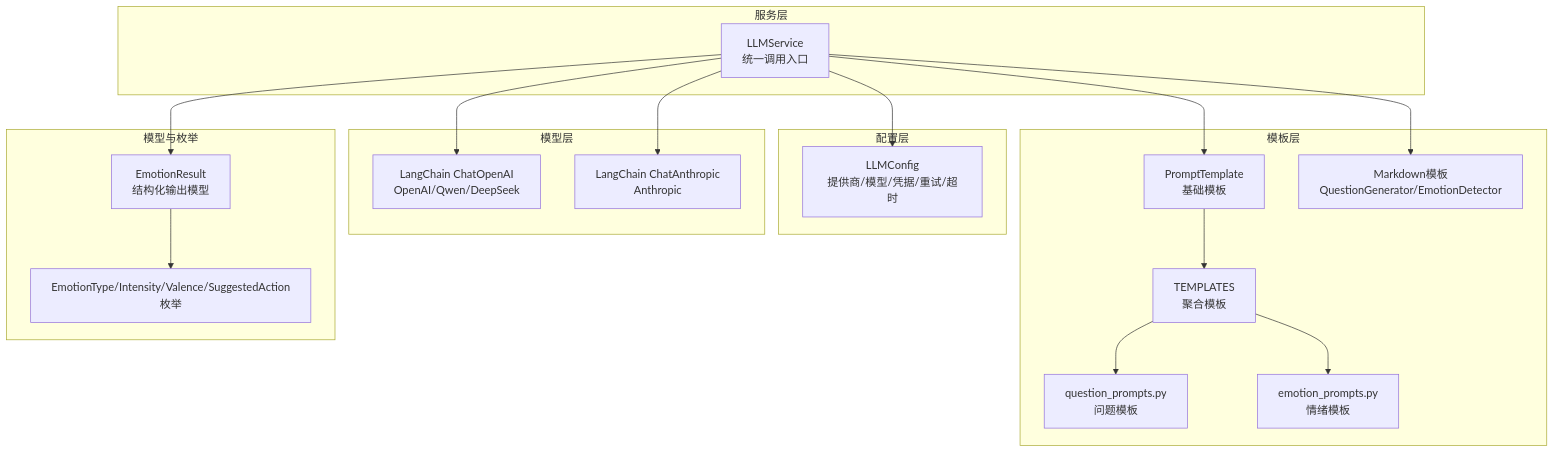
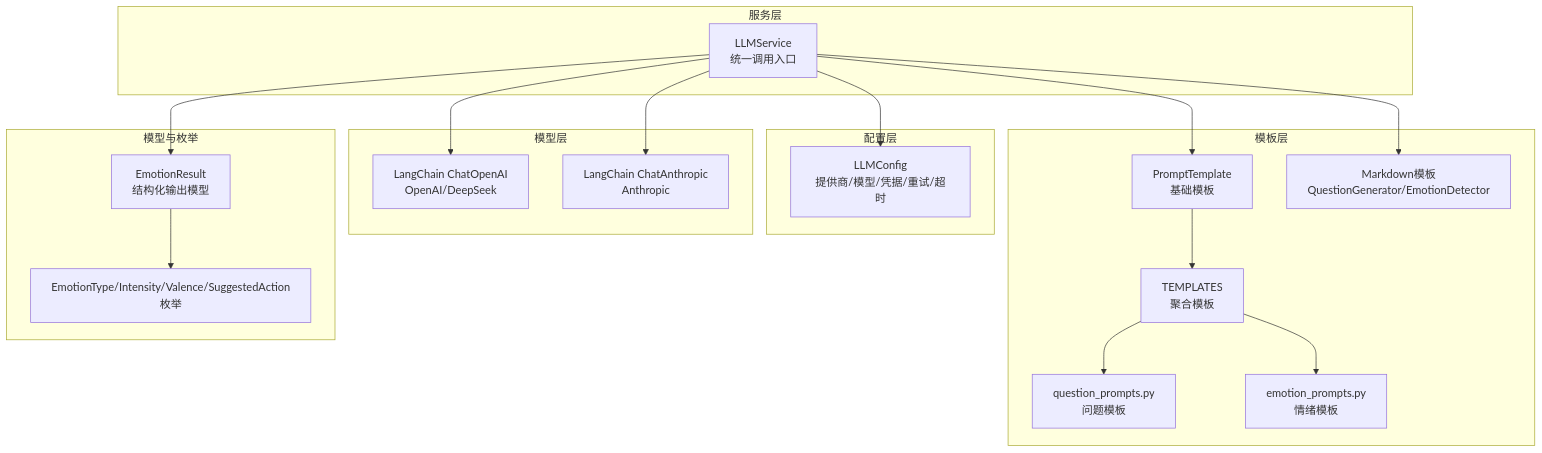
One commit to WangYiKai1017/zizuan changed the first of 7 diagrams in .qoder/repowiki/zh/content/服务层架构/LLM服务核心.md. Above: the diagram before and after it, drawn with Mermaid. The commit also changed other lines of this file and 51 other files, not shown here.

````diff
--- a/.qoder/repowiki/zh/content/服务层架构/LLM服务核心.md
+++ b/.qoder/repowiki/zh/content/服务层架构/LLM服务核心.md
@@ -39,34 +39,34 @@
 ```mermaid
 graph TB
 subgraph "服务层"
 LLM["LLMService<br/>统一调用入口"]
 end
 subgraph "配置层"
 CFG["LLMConfig<br/>提供商/模型/凭据/重试/超时"]
 end
 subgraph "模板层"
 PT["PromptTemplate<br/>基础模板"]
 P_INIT["TEMPLATES<br/>聚合模板"]
 P_Q["question_prompts.py<br/>问题模板"]
 P_E["emotion_prompts.py<br/>情绪模板"]
 P_MD["Markdown模板<br/>QuestionGenerator/EmotionDetector"]
 end
 subgraph "模型层"
-LC["LangChain ChatOpenAI<br/>OpenAI/Qwen/DeepSeek"]
+LC["LangChain ChatOpenAI<br/>OpenAI/DeepSeek"]
 LA["LangChain ChatAnthropic<br/>Anthropic"]
 end
 subgraph "模型与枚举"
 MR["EmotionResult<br/>结构化输出模型"]
 ET["EmotionType/Intensity/Valence/SuggestedAction<br/>枚举"]
 end
 LLM --> CFG
 LLM --> PT
 PT --> P_INIT
 P_INIT --> P_Q
 P_INIT --> P_E
 LLM --> P_MD
 LLM --> LC
 LLM --> LA
 LLM --> MR
 MR --> ET
 ```
````
